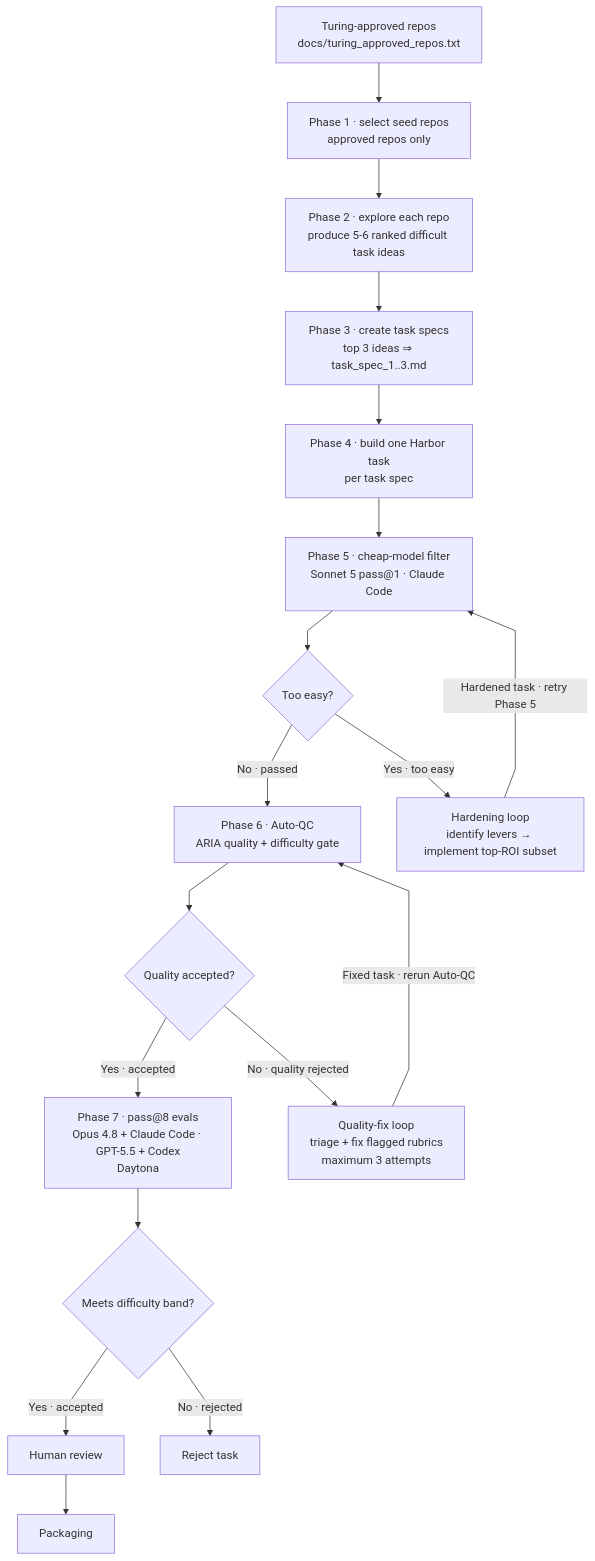
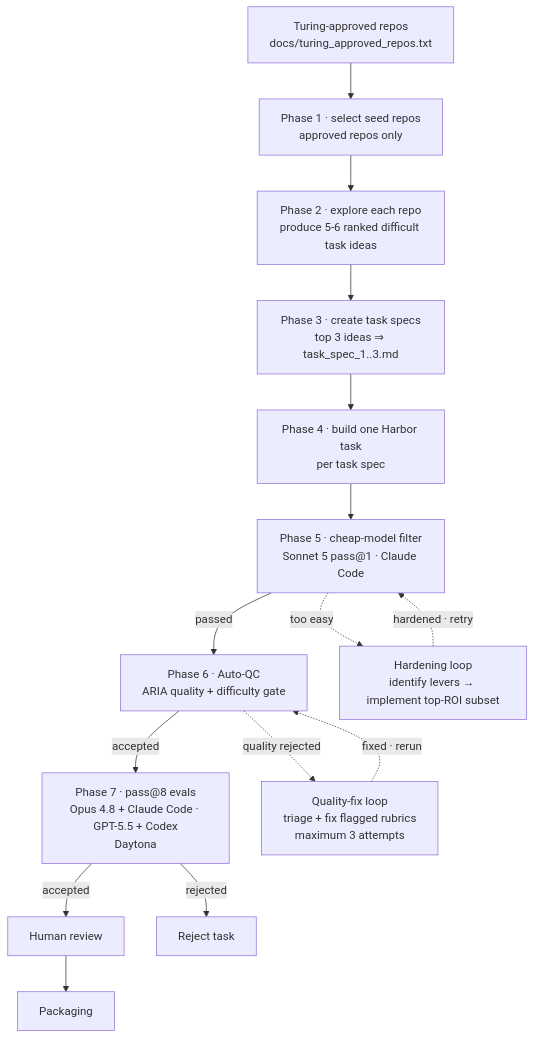
One commit to vivekp-turing/dataset_task_creation changed the diagram in README.md. Above: the diagram before and after it, drawn with Mermaid.

Commit message:
simplifying

````diff
--- a/README.md
+++ b/README.md
@@ -79,34 +79,29 @@
 ```mermaid
-%%{init: {"flowchart": {"curve": "linear", "nodeSpacing": 50, "rankSpacing": 55}}}%%
+%%{init: {"flowchart": {"curve": "basis", "nodeSpacing": 45, "rankSpacing": 50}}}%%
 flowchart TB
     A[Turing-approved repos<br/>docs/turing_approved_repos.txt]
     P1[Phase 1 · select seed repos<br/>approved repos only]
     P2[Phase 2 · explore each repo<br/>produce 5-6 ranked difficult task ideas]
     P3[Phase 3 · create task specs<br/>top 3 ideas ⇒ task_spec_1..3.md]
     P4[Phase 4 · build one Harbor task<br/>per task spec]
     P5[Phase 5 · cheap-model filter<br/>Sonnet 5 pass@1 · Claude Code]
-    D5{Too easy?}
     P6[Phase 6 · Auto-QC<br/>ARIA quality + difficulty gate]
-    D6{Quality accepted?}
     P7[Phase 7 · pass@8 evals<br/>Opus 4.8 + Claude Code · GPT-5.5 + Codex<br/>Daytona]
-    D7{Meets difficulty band?}
     HR[Human review]
     PK[Packaging]
     RJ[Reject task]
     HD[Hardening loop<br/>identify levers → implement top-ROI subset]
     QF[Quality-fix loop<br/>triage + fix flagged rubrics<br/>maximum 3 attempts]
 
-    A --> P1 --> P2 --> P3 --> P4 --> P5 --> D5
-    D5 -->|No · passed| P6
-    P6 --> D6
-    D6 -->|Yes · accepted| P7
-    P7 --> D7
-    D7 -->|Yes · accepted| HR --> PK
-    D7 -->|No · rejected| RJ
+    A --> P1 --> P2 --> P3 --> P4 --> P5
+    P5 -->|passed| P6
+    P6 -->|accepted| P7
+    P7 -->|accepted| HR --> PK
+    P7 -->|rejected| RJ
 
-    D5 -->|Yes · too easy| HD
-    HD -->|Hardened task · retry Phase 5| P5
+    P5 -.->|too easy| HD
+    HD -.->|hardened · retry| P5
 
-    D6 -->|No · quality rejected| QF
-    QF -->|Fixed task · rerun Auto-QC| P6
+    P6 -.->|quality rejected| QF
+    QF -.->|fixed · rerun| P6
 ```
````
